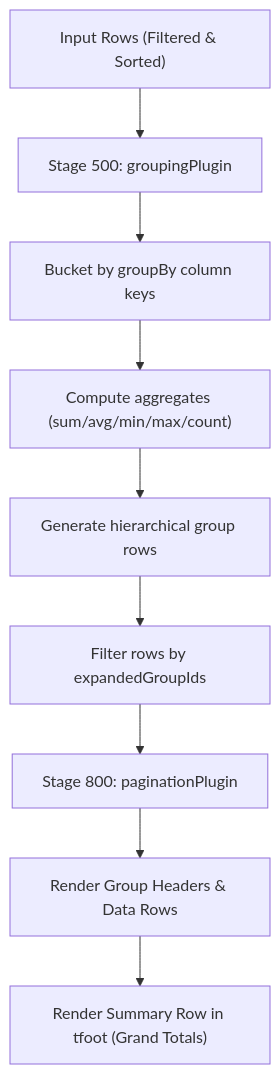
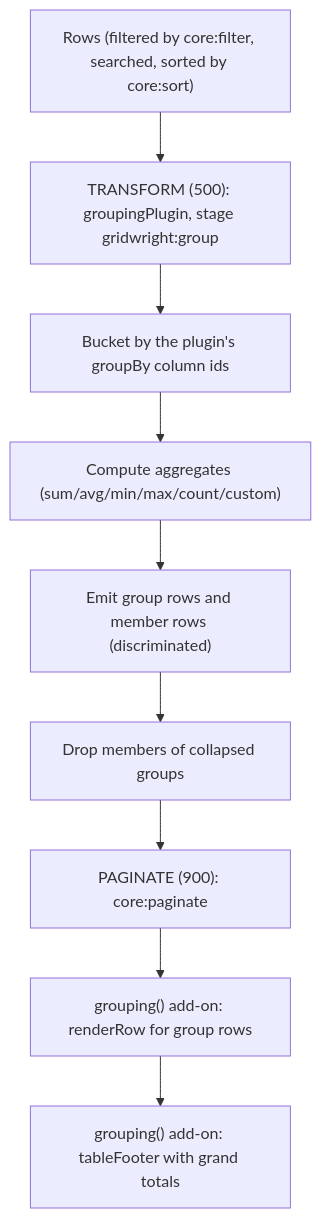
The diagram in specs/grouping-and-aggregation/spec.md (yaotzin1/apsw-gridwright), drawn with Mermaid before and after one commit. The commit also changed other lines of this file and 201 other files, not shown here.

````diff
--- a/specs/grouping-and-aggregation/spec.md
+++ b/specs/grouping-and-aggregation/spec.md
@@ -30,11 +32,11 @@
 ```mermaid
 flowchart TD
-    Input["Input Rows (Filtered & Sorted)"] --> GroupStage["Stage 500: groupingPlugin"]
-    GroupStage --> Bucket["Bucket by groupBy column keys"]
-    Bucket --> Agg["Compute aggregates (sum/avg/min/max/count)"]
-    Agg --> Hierarchy["Generate hierarchical group rows"]
-    Hierarchy --> ExpandFilter["Filter rows by expandedGroupIds"]
-    ExpandFilter --> Paginate["Stage 800: paginationPlugin"]
-    Paginate --> Render["Render Group Headers & Data Rows"]
-    Render --> Footer["Render Summary Row in tfoot (Grand Totals)"]
+    Input["Rows (filtered by core:filter, searched, sorted by core:sort)"] --> GroupStage["TRANSFORM (500): groupingPlugin, stage gridwright:group"]
+    GroupStage --> Bucket["Bucket by the plugin's groupBy column ids"]
+    Bucket --> Agg["Compute aggregates (sum/avg/min/max/count/custom)"]
+    Agg --> Hierarchy["Emit group rows and member rows (discriminated)"]
+    Hierarchy --> ExpandFilter["Drop members of collapsed groups"]
+    ExpandFilter --> Paginate["PAGINATE (900): core:paginate"]
+    Paginate --> Render["grouping() add-on: renderRow for group rows"]
+    Render --> Footer["grouping() add-on: tableFooter with grand totals"]
 ```
````
